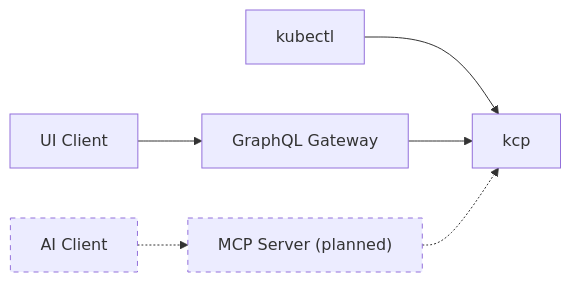
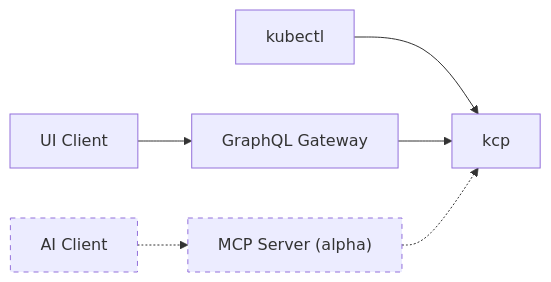
One commit to platform-mesh/platform-mesh.github.io changed the first of 2 diagrams in concepts/security/index.md. Above: the diagram before and after it, drawn with Mermaid. The commit also changed other lines of this file and 8 other files, not shown here.

````diff
--- a/concepts/security/index.md
+++ b/concepts/security/index.md
@@ -19,11 +19,11 @@
 ```mermaid
 flowchart LR
     UI[UI Client] --> GW[GraphQL Gateway]
     CLI[kubectl] --> KCP
     GW --> KCP[kcp]
-    AI[AI Client] -.-> MCP["MCP Server (planned)"]
+    AI[AI Client] -.-> MCP["MCP Server (alpha)"]
     MCP -.-> KCP
 
     style MCP stroke-dasharray: 5 5
     style AI stroke-dasharray: 5 5
 ```
````
